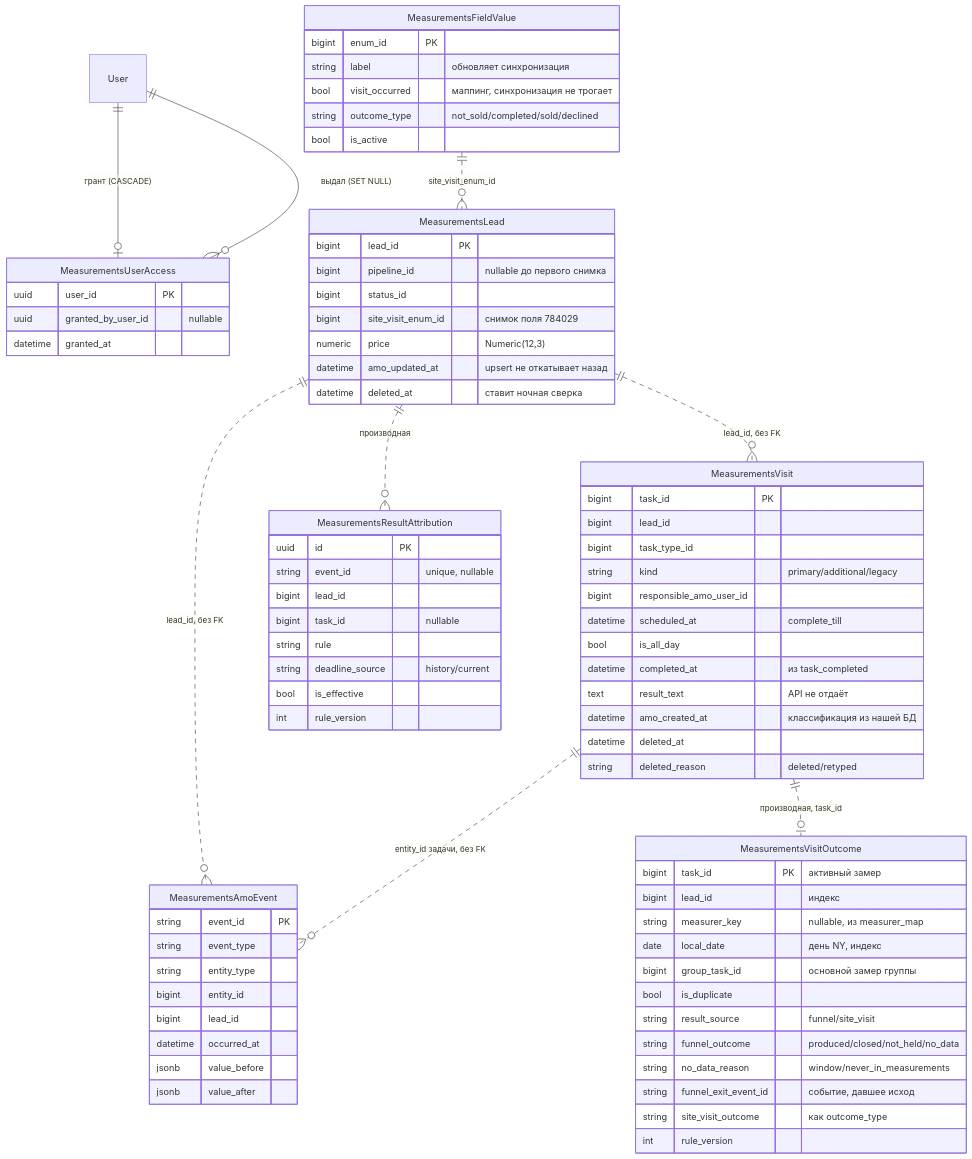
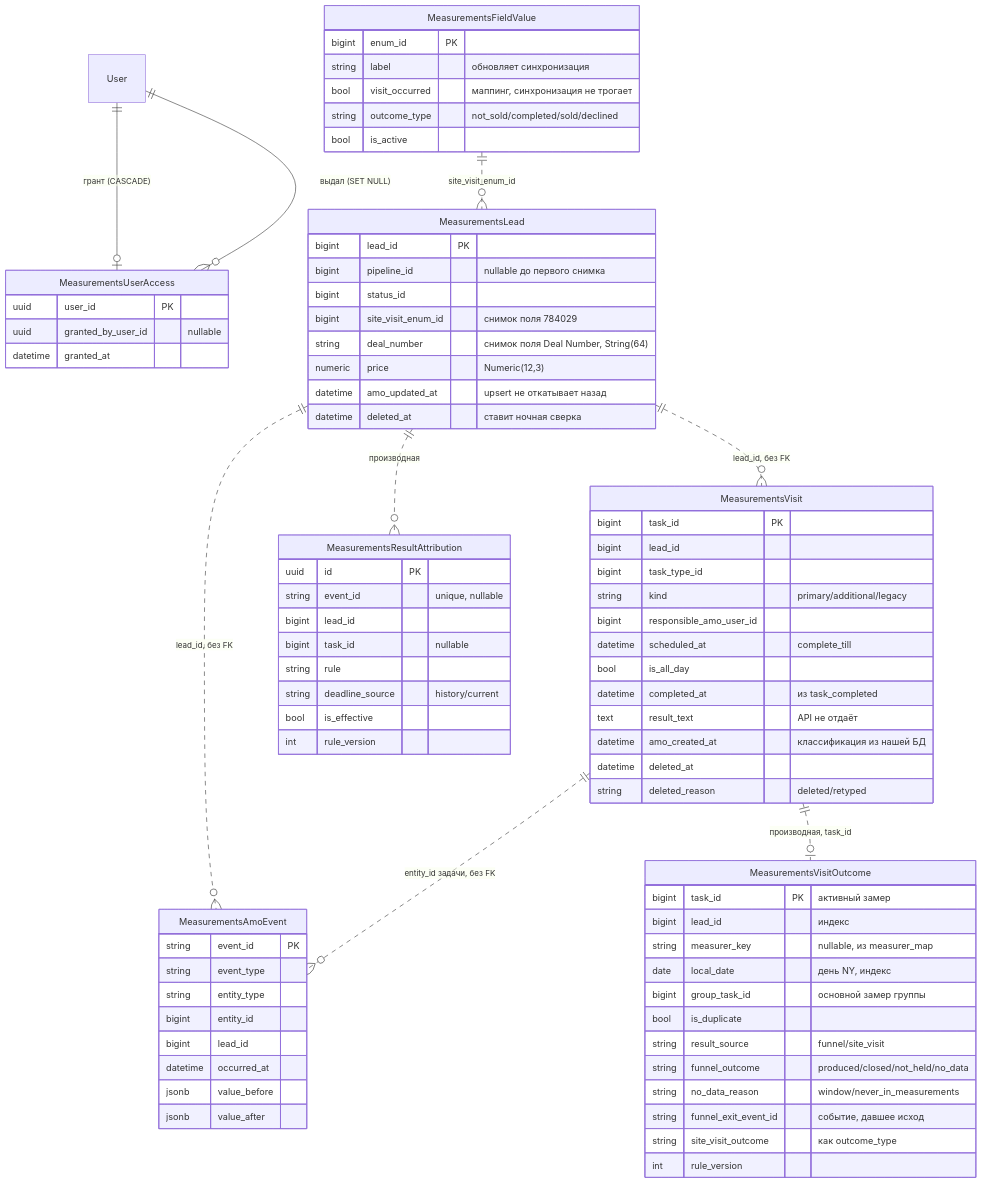
One commit to sysadmin-sff/procurement-allocator-sff changed the second of 2 diagrams in docs/data-model.md. Above: the diagram before and after it, drawn with Mermaid. The commit also changed 11 other files, not shown here.

Commit message:
feat(measurements): store amo Deal Number on leads and return it in visit detail (ADR-0053, 2026-11-11)

````diff
--- a/docs/data-model.md
+++ b/docs/data-model.md
@@ -438,81 +438,82 @@
 ```mermaid
 erDiagram
     User ||--o| MeasurementsUserAccess : "грант (CASCADE)"
     User ||--o{ MeasurementsUserAccess : "выдал (SET NULL)"
     MeasurementsLead ||..o{ MeasurementsVisit : "lead_id, без FK"
     MeasurementsLead ||..o{ MeasurementsAmoEvent : "lead_id, без FK"
     MeasurementsVisit ||..o{ MeasurementsAmoEvent : "entity_id задачи, без FK"
     MeasurementsLead ||..o{ MeasurementsResultAttribution : "производная"
     MeasurementsVisit ||..o| MeasurementsVisitOutcome : "производная, task_id"
     MeasurementsFieldValue ||..o{ MeasurementsLead : "site_visit_enum_id"
 
     MeasurementsLead {
         bigint lead_id PK
         bigint pipeline_id "nullable до первого снимка"
         bigint status_id
         bigint site_visit_enum_id "снимок поля 784029"
+        string deal_number "снимок поля Deal Number, String(64)"
         numeric price "Numeric(12,3)"
         datetime amo_updated_at "upsert не откатывает назад"
         datetime deleted_at "ставит ночная сверка"
     }
     MeasurementsVisit {
         bigint task_id PK
         bigint lead_id
         bigint task_type_id
         string kind "primary/additional/legacy"
         bigint responsible_amo_user_id
         datetime scheduled_at "complete_till"
         bool is_all_day
         datetime completed_at "из task_completed"
         text result_text "API не отдаёт"
         datetime amo_created_at "классификация из нашей БД"
         datetime deleted_at
         string deleted_reason "deleted/retyped"
     }
     MeasurementsAmoEvent {
         string event_id PK
         string event_type
         string entity_type
         bigint entity_id
         bigint lead_id
         datetime occurred_at
         jsonb value_before
         jsonb value_after
     }
     MeasurementsFieldValue {
         bigint enum_id PK
         string label "обновляет синхронизация"
         bool visit_occurred "маппинг, синхронизация не трогает"
         string outcome_type "not_sold/completed/sold/declined"
         bool is_active
     }
     MeasurementsResultAttribution {
         uuid id PK
         string event_id "unique, nullable"
         bigint lead_id
         bigint task_id "nullable"
         string rule
         string deadline_source "history/current"
         bool is_effective
         int rule_version
     }
     MeasurementsVisitOutcome {
         bigint task_id PK "активный замер"
         bigint lead_id "индекс"
         string measurer_key "nullable, из measurer_map"
         date local_date "день NY, индекс"
         bigint group_task_id "основной замер группы"
         bool is_duplicate
         string result_source "funnel/site_visit"
         string funnel_outcome "produced/closed/not_held/no_data"
         string no_data_reason "window/never_in_measurements"
         string funnel_exit_event_id "событие, давшее исход"
         string site_visit_outcome "как outcome_type"
         int rule_version
     }
     MeasurementsUserAccess {
         uuid user_id PK
         uuid granted_by_user_id "nullable"
         datetime granted_at
     }
 ```
````
